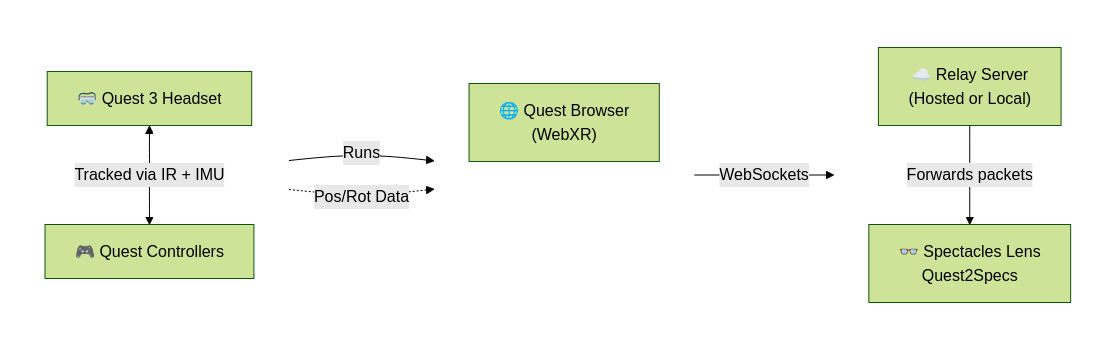
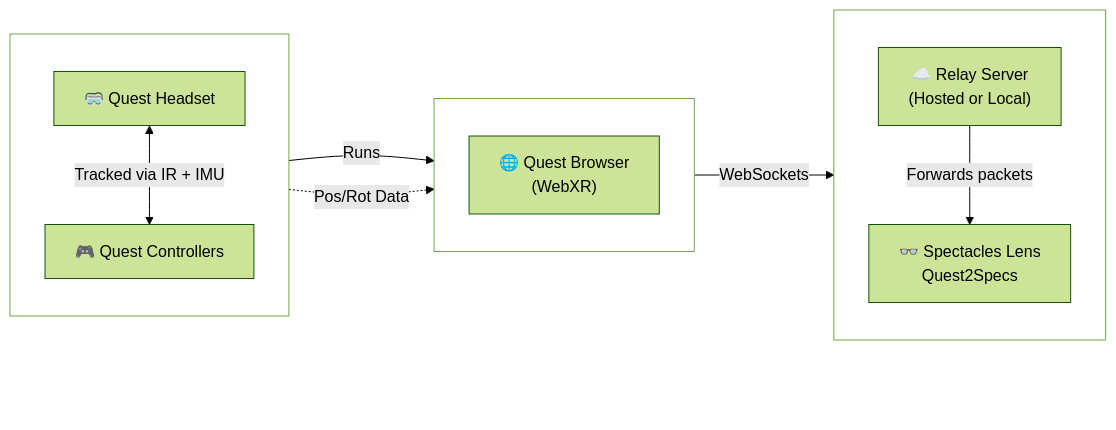
The diagram in README.md (amirmohideen/Quest2Specs), drawn with Mermaid (forest theme) before and after one commit. The commit also changed other lines of this file, not shown here.

````diff
--- a/README.md
+++ b/README.md
@@ -136,28 +137,28 @@
 ```mermaid
 flowchart LR
   subgraph col1 [ ]
     direction TB
-    Quest3["🥽 Quest 3 Headset"] <-->|"Tracked via IR + IMU"| Controllers["🎮 Quest Controllers"]
+    Quest3["🥽 Quest Headset"] <-->|"Tracked via IR + IMU"| Controllers["🎮 Quest Controllers"]
   end
   
   subgraph col2 [ ]
     direction TB
     Browser["🌐 Quest Browser<br>(WebXR)"]
-    HiddenSpace[" "]
-    Browser ~~~ HiddenSpace
   end
   
   subgraph col3 [ ]
     direction TB
     Server["☁️ Relay Server<br>(Hosted or Local)"] -->|"Forwards packets"| Lens["👓 Spectacles Lens<br>Quest2Specs"]
   end
-  
+
+
   Quest3 -->|"Runs"| Browser
   Quest3 -.->|"Pos/Rot Data"| Browser
   Browser -->|"WebSockets"| Server
-  
-  style col1 fill:transparent,stroke:transparent,stroke-width:0px
-  style col2 fill:transparent,stroke:transparent,stroke-width:0px
-  style col3 fill:transparent,stroke:transparent,stroke-width:0px
+
   style HiddenSpace fill:transparent,stroke:transparent,color:transparent,stroke-width:0px
+
+  style col1 fill:transparent
+  style col2 fill:transparent
+  style col3 fill:transparent
 ```
````
